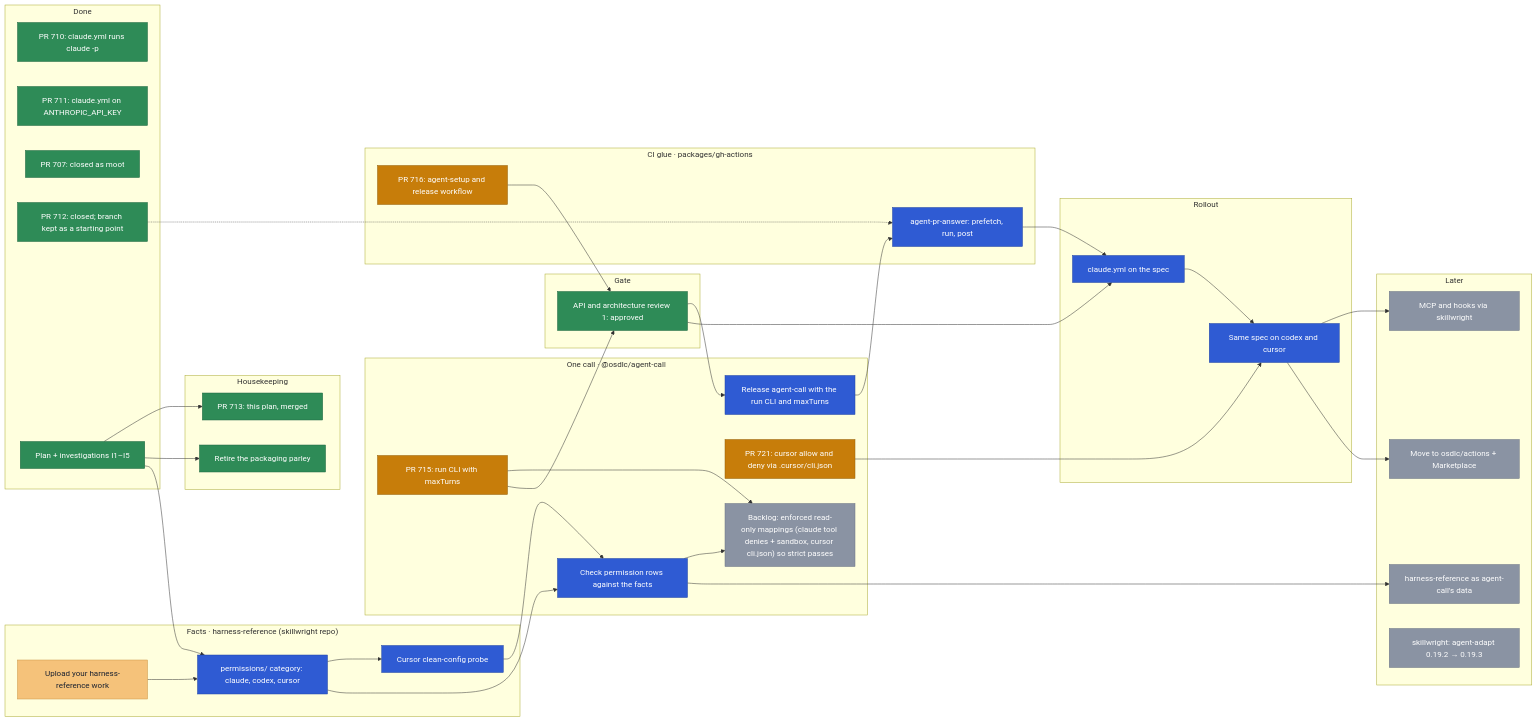
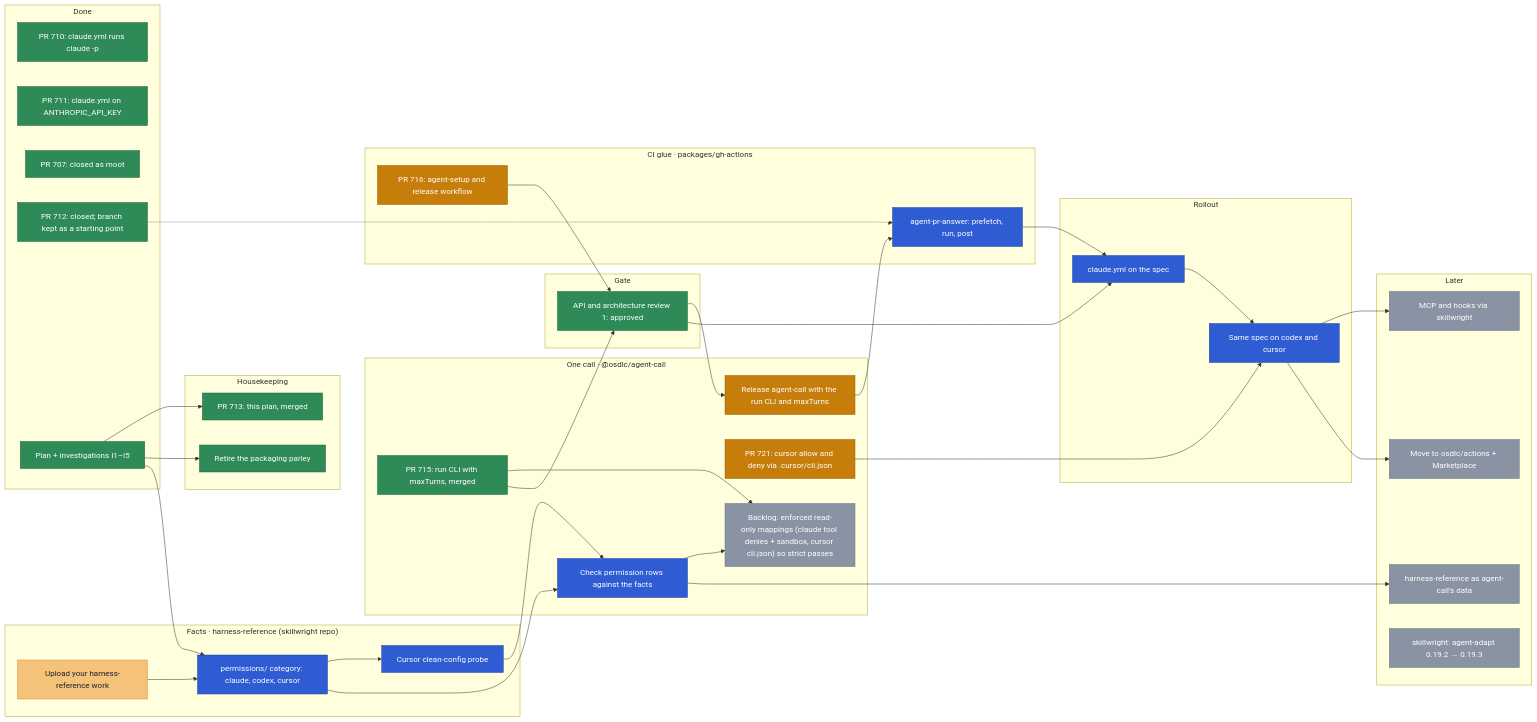
The diagram in docs/planning/agent-ci.md (osdlc/osdlc), drawn with Mermaid before and after one commit. The commit also changed other lines of this file, not shown here.

Commit message:
docs(planning): record PR 715 merged

````diff
--- a/docs/planning/agent-ci.md
+++ b/docs/planning/agent-ci.md
@@ -39,81 +39,82 @@
 ```mermaid
 flowchart LR
   subgraph done["Done"]
     W710["PR 710: claude.yml runs claude -p"]
     P711["PR 711: claude.yml on ANTHROPIC_API_KEY"]
     P707["PR 707: closed as moot"]
     P712["PR 712: closed; branch kept as a starting point"]
     PLAN["Plan + investigations I1–I5"]
   end
   subgraph house["Housekeeping"]
     PLANPR["PR 713: this plan, merged"]
     PARLEY["Retire the packaging parley"]
   end
   subgraph facts["Facts · harness-reference (skillwright repo)"]
     UP["Upload your harness-reference work"]
     PERM["permissions/ category: claude, codex, cursor"]
     PROBE["Cursor clean-config probe"]
   end
   subgraph call["One call · @osdlc/agent-call"]
-    RUN["PR 715: run CLI with maxTurns"]
+    RUN["PR 715: run CLI with maxTurns, merged"]
     CHECK["Check permission rows against the facts"]
     STRICT["Backlog: enforced read-only mappings (claude tool denies + sandbox, cursor cli.json) so strict passes"]
     CUR["PR 721: cursor allow and deny via .cursor/cli.json"]
     REL["Release agent-call with the run CLI and maxTurns"]
   end
   subgraph gate["Gate"]
     ARCH["API and architecture review 1: approved"]
   end
   subgraph acts["CI glue · packages/gh-actions"]
     SETUP["PR 716: agent-setup and release workflow"]
     ANS["agent-pr-answer: prefetch, run, post"]
   end
   subgraph roll["Rollout"]
     SPEC["claude.yml on the spec"]
     MULTI["Same spec on codex and cursor"]
   end
   subgraph later["Later"]
     MCP["MCP and hooks via skillwright"]
     PUB["Move to osdlc/actions + Marketplace"]
     DATA["harness-reference as agent-call's data"]
     PIN["skillwright: agent-adapt 0.19.2 → 0.19.3"]
   end
 
   PLAN --> PLANPR
   PLAN --> PARLEY
   UP --> PERM
   PLAN --> PERM
   PERM --> PROBE
   PERM --> CHECK
   CHECK --> STRICT
   RUN --> STRICT
   PROBE --> CHECK
   P712 -.-> ANS
   RUN --> ARCH
   SETUP --> ARCH
   ARCH --> REL
   REL --> ANS
   ARCH --> SPEC
   ANS --> SPEC
   SPEC --> MULTI
   CUR --> MULTI
   MULTI --> MCP
   MULTI --> PUB
   CHECK --> DATA
 
   classDef done fill:#2e8b57,stroke:#1f6640,color:#ffffff
   classDef review fill:#0f8a8a,stroke:#0a6666,color:#ffffff
   classDef ready fill:#7a4fc2,stroke:#5a3596,color:#ffffff
   classDef blocked fill:#c0392b,stroke:#8e2a20,color:#ffffff
   classDef external fill:#e88fb4,stroke:#b8628a,color:#1b2230
   classDef active fill:#c77d0a,stroke:#94600a,color:#ffffff
   classDef yours fill:#f5c27a,stroke:#c99545,color:#1b2230
   classDef next fill:#2f5bd3,stroke:#2144a3,color:#ffffff
   classDef later fill:#8a93a3,stroke:#6b7384,color:#ffffff
-  class W710,P711,P707,P712,PLAN,PARLEY,PLANPR,ARCH done
+  class W710,P711,P707,P712,PLAN,PARLEY,PLANPR,ARCH,RUN done
   class UP yours
-  class RUN,SETUP active
-  class PERM,PROBE,CHECK,REL,ANS,SPEC,MULTI next
+  class SETUP active
+  class PERM,PROBE,CHECK,ANS,SPEC,MULTI next
+  class REL active
   class CUR active
   class MCP,PUB,DATA,PIN,STRICT later
 ```
````
